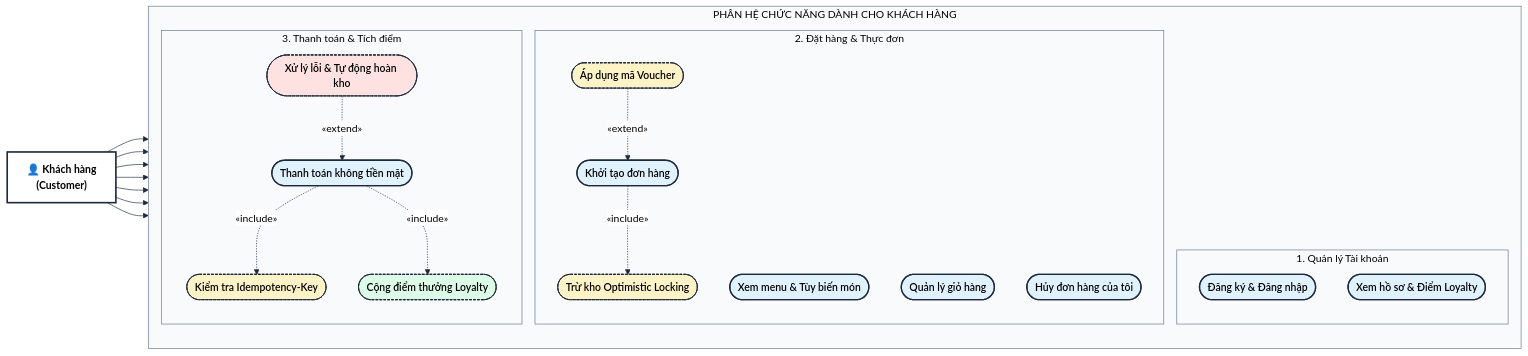
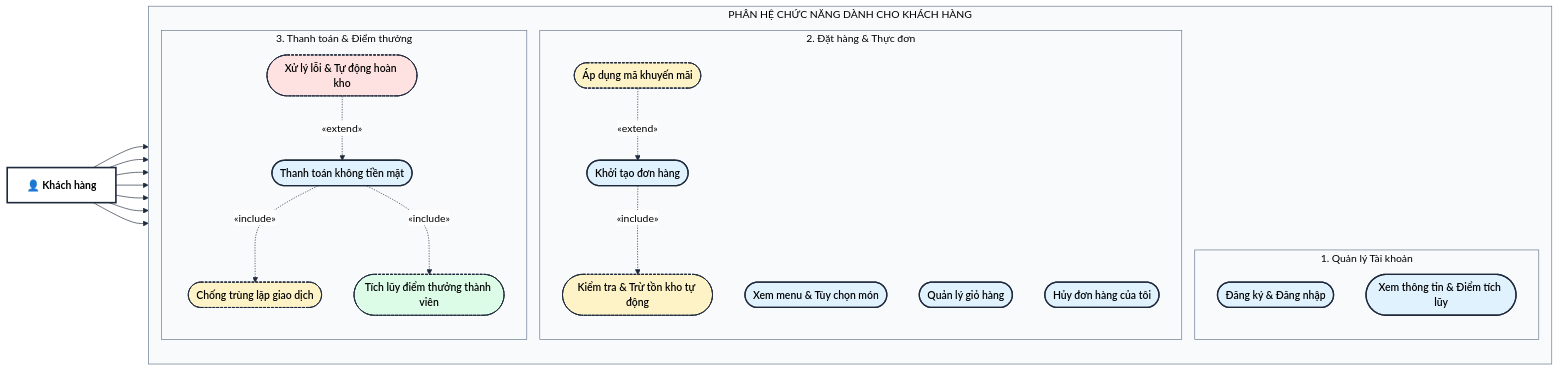
The fifth of 13 diagrams in docs/SYSTEM_ARCHITECTURE_DIAGRAMS.md (ThuanTran260/CNPM-BrewLite), drawn with Mermaid before and after one commit. The commit also changed other lines of this file and 25 other files, not shown here.

First line of the commit message:
docs(diagrams): chuan hoa so do hoc thuat tieng Viet va bo sung sequence diagram

````diff
--- a/docs/SYSTEM_ARCHITECTURE_DIAGRAMS.md
+++ b/docs/SYSTEM_ARCHITECTURE_DIAGRAMS.md
@@ -462,70 +463,70 @@
 ```mermaid
 %%{init: {
   'theme': 'base',
   'themeVariables': {
     'primaryColor': '#e0f2fe',
     'primaryTextColor': '#000000',
     'primaryBorderColor': '#1e293b',
     'lineColor': '#1e293b',
     'secondaryColor': '#fef3c7',
     'tertiaryColor': '#ffffff',
     'edgeLabelBackground':'#ffffff',
     'clusterBkg':'#f8fafc',
     'clusterBorder':'#64748b',
     'fontFamily': 'Segoe UI, Arial, sans-serif'
   }
 }}%%
 flowchart LR
     %% Định nghĩa các lớp kiểu dáng chuẩn High-Contrast
     classDef actorNode fill:#ffffff,stroke:#1e293b,stroke-width:2.5px,color:#000000,font-weight:700;
     classDef baseUC fill:#e0f2fe,stroke:#1e293b,stroke-width:2px,color:#000000,font-weight:600;
     classDef subUC fill:#fef3c7,stroke:#1e293b,stroke-width:1.5px,stroke-dasharray: 4 2,color:#000000,font-weight:600;
     classDef dangerUC fill:#fee2e2,stroke:#1e293b,stroke-width:1.5px,stroke-dasharray: 4 2,color:#000000,font-weight:600;
     classDef successUC fill:#dcfce7,stroke:#1e293b,stroke-width:1.5px,stroke-dasharray: 4 2,color:#000000,font-weight:600;
 
     %% TÁC NHÂN CHÍNH
-    CUST["👤 Khách hàng<br>(Customer)"]:::actorNode
+    CUST["👤 Khách hàng"]:::actorNode
 
     %% CÁC USE CASE CỐT LÕI
     subgraph UC_CUSTOMER ["PHÂN HỆ CHỨC NĂNG DÀNH CHO KHÁCH HÀNG"]
         direction TB
 
         subgraph G_ACCOUNT ["1. Quản lý Tài khoản"]
             UC_AUTH(["Đăng ký & Đăng nhập"]):::baseUC
-            UC_PROFILE(["Xem hồ sơ & Điểm Loyalty"]):::baseUC
+            UC_PROFILE(["Xem thông tin & Điểm tích lũy"]):::baseUC
         end
 
         subgraph G_ORDER ["2. Đặt hàng & Thực đơn"]
-            UC_BROWSE(["Xem menu & Tùy biến món"]):::baseUC
+            UC_BROWSE(["Xem menu & Tùy chọn món"]):::baseUC
             UC_CART(["Quản lý giỏ hàng"]):::baseUC
             UC_PLACE_ORDER(["Khởi tạo đơn hàng"]):::baseUC
-            UC_VOUCHER(["Áp dụng mã Voucher"]):::subUC
-            UC_OPT_LOCK(["Trừ kho Optimistic Locking"]):::subUC
+            UC_VOUCHER(["Áp dụng mã khuyến mãi"]):::subUC
+            UC_OPT_LOCK(["Kiểm tra & Trừ tồn kho tự động"]):::subUC
             UC_CANCEL_MY(["Hủy đơn hàng của tôi"]):::baseUC
         end
 
-        subgraph G_PAYMENT ["3. Thanh toán & Tích điểm"]
+        subgraph G_PAYMENT ["3. Thanh toán & Điểm thưởng"]
             UC_PAY(["Thanh toán không tiền mặt"]):::baseUC
-            UC_IDEMPOTENT(["Kiểm tra Idempotency-Key"]):::subUC
-            UC_LOYALTY(["Cộng điểm thưởng Loyalty"]):::successUC
+            UC_IDEMPOTENT(["Chống trùng lặp giao dịch"]):::subUC
+            UC_LOYALTY(["Tích lũy điểm thưởng thành viên"]):::successUC
             UC_PAY_FAIL(["Xử lý lỗi & Tự động hoàn kho"]):::dangerUC
         end
     end
 
     %% TƯƠNG TÁC TÁC NHÂN -> USE CASE
     CUST --> UC_AUTH
     CUST --> UC_PROFILE
     CUST --> UC_BROWSE
     CUST --> UC_CART
     CUST --> UC_PLACE_ORDER
     CUST --> UC_CANCEL_MY
     CUST --> UC_PAY
 
     %% QUAN HỆ INCLUDE & EXTEND (Chuẩn UML 2.5)
     UC_PLACE_ORDER -.->|"«include»"| UC_OPT_LOCK
     UC_VOUCHER -.->|"«extend»"| UC_PLACE_ORDER
 
     UC_PAY -.->|"«include»"| UC_IDEMPOTENT
     UC_PAY -.->|"«include»"| UC_LOYALTY
     UC_PAY_FAIL -.->|"«extend»"| UC_PAY
 ```
````
